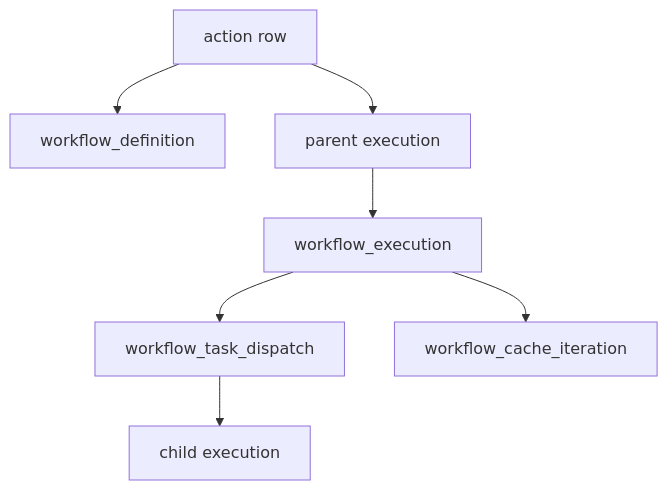
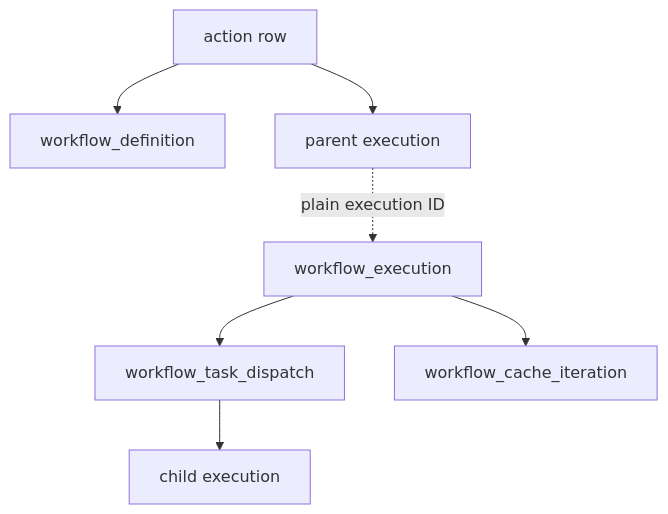
One commit to attune-system/attune-docs-site changed the diagram in src/content/docs/internal-implementation/data-structures/workflows.md. Above: the diagram before and after it, drawn with Mermaid. The commit also changed other lines of this file and 34 other files, not shown here.

Commit message:
Release documentation 0.1.14 with current contracts and secure diagrams (#12)

````diff
--- a/src/content/docs/internal-implementation/data-structures/workflows.md
+++ b/src/content/docs/internal-implementation/data-structures/workflows.md
@@ -32,9 +32,9 @@
 ```mermaid
 flowchart TD
     A[action row] --> D[workflow_definition]
     A --> E[parent execution]
-    E --> WE[workflow_execution]
+    E -.->|plain execution ID| WE[workflow_execution]
     WE --> TD[workflow_task_dispatch]
     TD --> CE[child execution]
     WE --> CI[workflow_cache_iteration]
 ```
````
